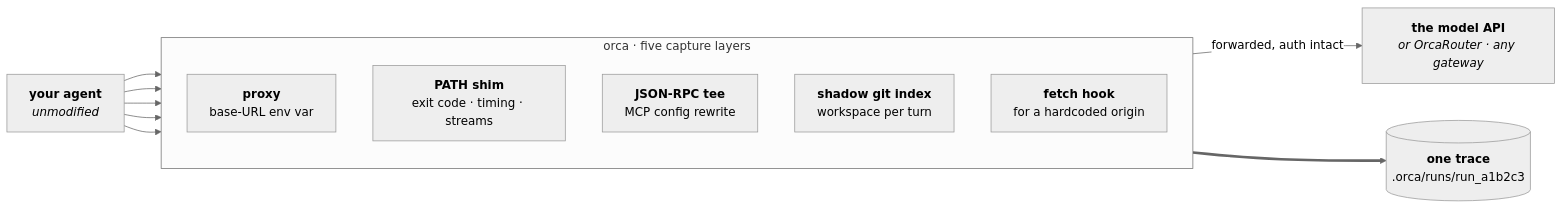
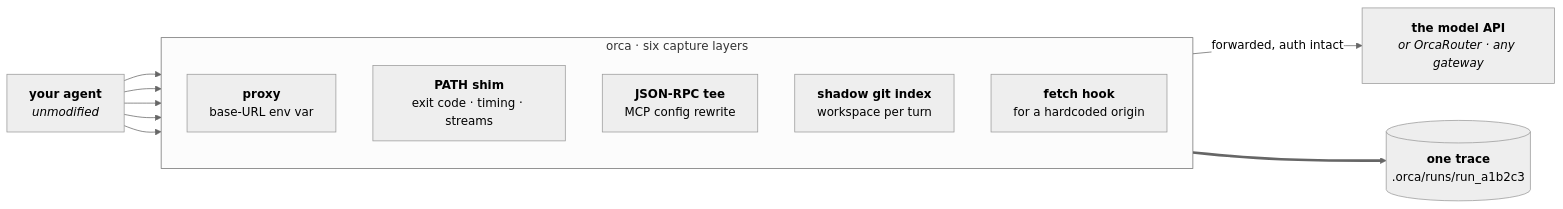
One commit to Continuum-AI-Corp/OrcaReplay changed the first of 2 diagrams in README.md. Above: the diagram before and after it, drawn with Mermaid. The commit also changed other lines of this file and 17 other files, not shown here.

````diff
--- a/README.md
+++ b/README.md
@@ -120,18 +122,18 @@
 ```mermaid
 %%{init: {'theme':'neutral'}}%%
 flowchart LR
     A["<b>your agent</b><br/><i>unmodified</i>"]
 
-    subgraph orca["orca · five capture layers"]
+    subgraph orca["orca · six capture layers"]
         direction TB
         P["<b>proxy</b><br/>base-URL env var"]
         SH["<b>PATH shim</b><br/>exit code · timing · streams"]
         MC["<b>JSON-RPC tee</b><br/>MCP config rewrite"]
         FS["<b>shadow git index</b><br/>workspace per turn"]
         FH["<b>fetch hook</b><br/>for a hardcoded origin"]
     end
 
     A --> P & SH & MC & FS & FH
     P -->|"forwarded, auth intact"| U["<b>the model API</b><br/><i>or OrcaRouter · any gateway</i>"]
     orca ==> T[("<b>one trace</b><br/>.orca/runs/run_a1b2c3")]
 ```
````
